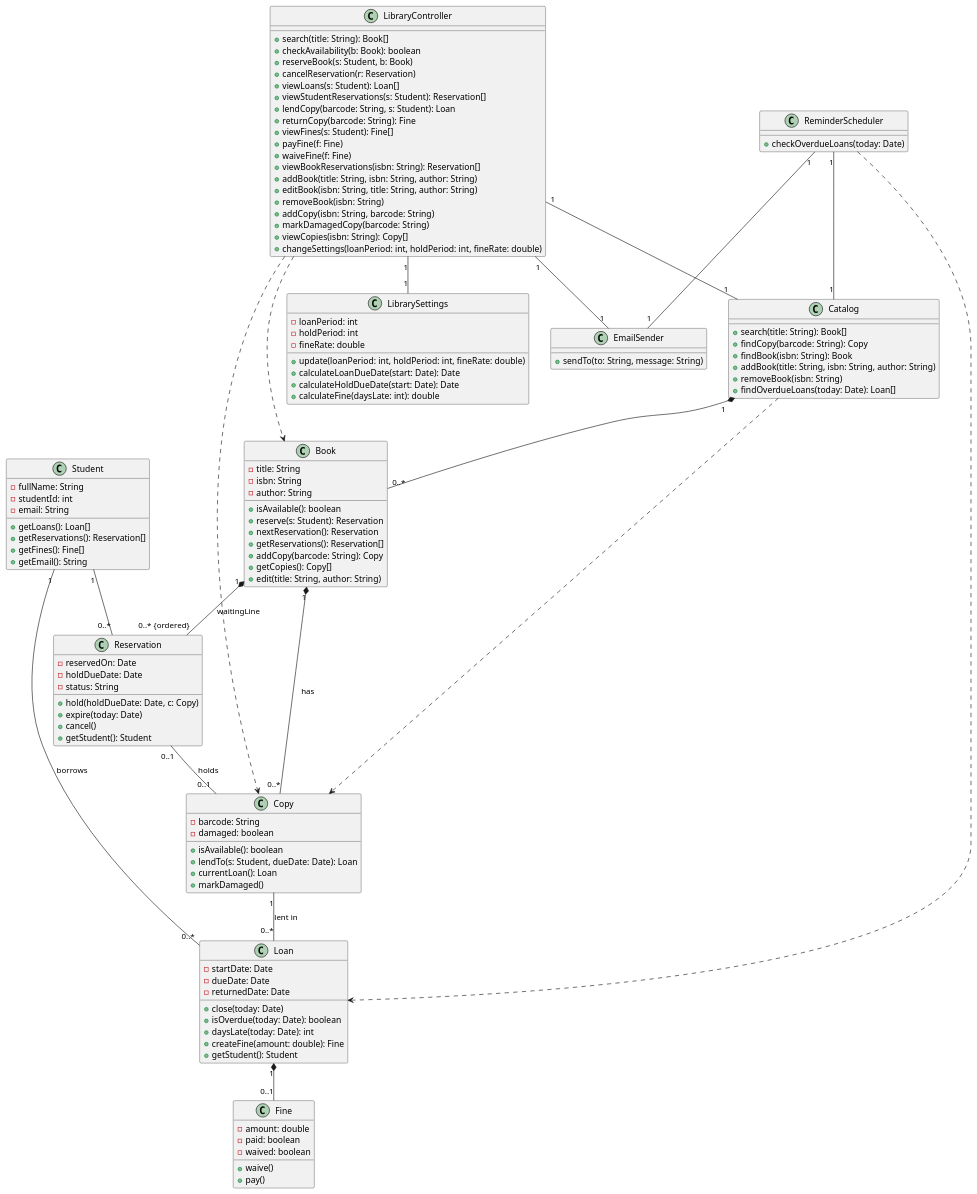
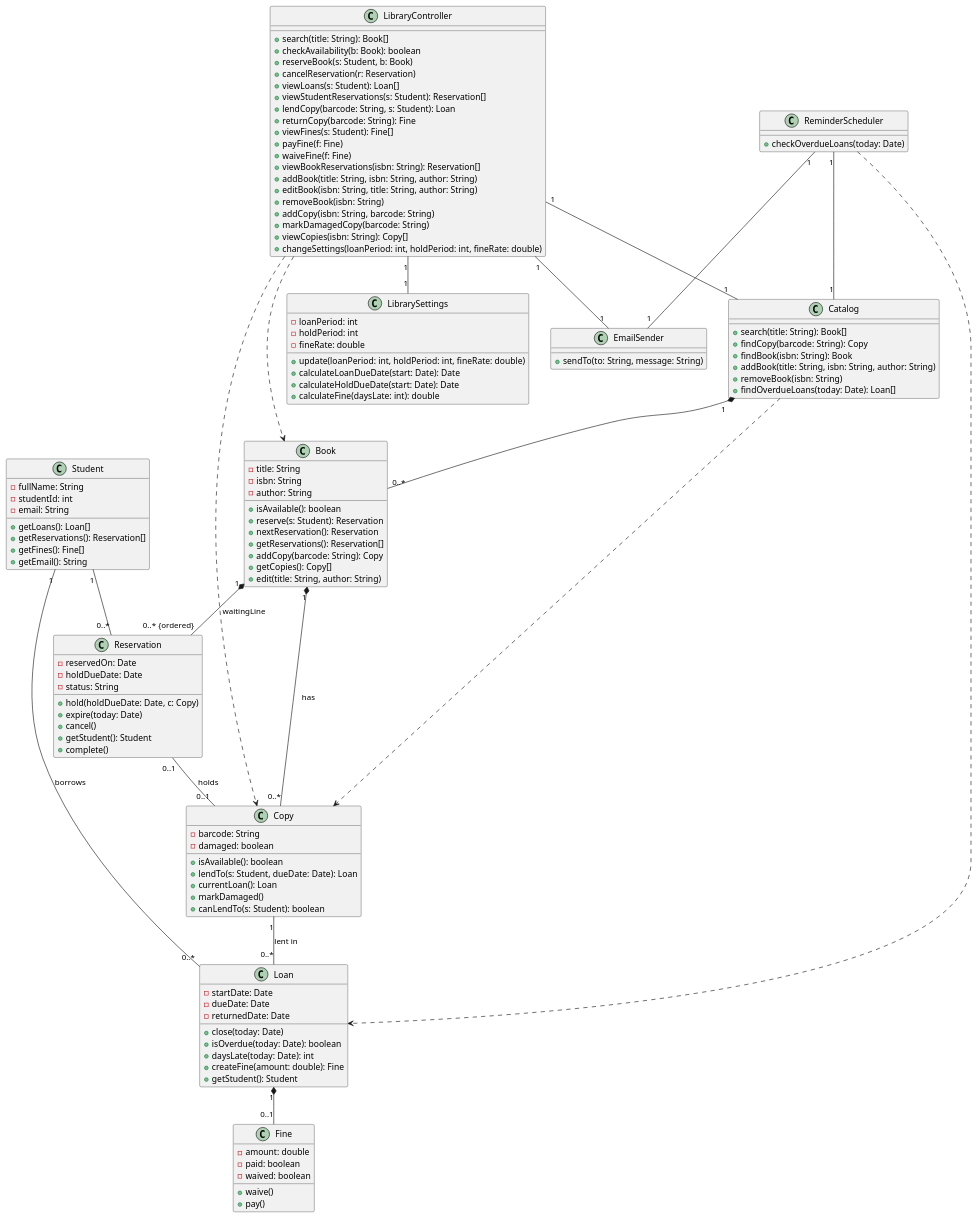
Before and after one commit to erionelezaj/LibrarySystem-SW-Design-Principles: the diagram in docs/uml/class-diagram.puml, drawn with PlantUML.

Commit message:
Added some new operations into the class uml that I found were missing while making the sequence for handing out an copy process

```diff
--- a/docs/uml/class-diagram.puml
+++ b/docs/uml/class-diagram.puml
@@ -1,137 +1,139 @@
 @startuml LibrarySystem
 
 class LibraryController {
     + search(title: String): Book[]
     + checkAvailability(b: Book): boolean
     + reserveBook(s: Student, b: Book)
     + cancelReservation(r: Reservation)
     + viewLoans(s: Student): Loan[]
     + viewStudentReservations(s: Student): Reservation[]
     + lendCopy(barcode: String, s: Student): Loan
     + returnCopy(barcode: String): Fine
     + viewFines(s: Student): Fine[]
     + payFine(f: Fine)
     + waiveFine(f: Fine)
     + viewBookReservations(isbn: String): Reservation[]
     + addBook(title: String, isbn: String, author: String)
     + editBook(isbn: String, title: String, author: String)
     + removeBook(isbn: String)
     + addCopy(isbn: String, barcode: String)
     + markDamagedCopy(barcode: String)
     + viewCopies(isbn: String): Copy[]
     + changeSettings(loanPeriod: int, holdPeriod: int, fineRate: double)
 }
 
 class ReminderScheduler {
     + checkOverdueLoans(today: Date)
 }
 
 class EmailSender {
     + sendTo(to: String, message: String)
 }
 
 class Catalog {
     + search(title: String): Book[]
     + findCopy(barcode: String): Copy
     + findBook(isbn: String): Book
     + addBook(title: String, isbn: String, author: String)
     + removeBook(isbn: String)
     + findOverdueLoans(today: Date): Loan[]
 }
 
 class LibrarySettings {
     - loanPeriod: int
     - holdPeriod: int
     - fineRate: double
     + update(loanPeriod: int, holdPeriod: int, fineRate: double)
     + calculateLoanDueDate(start: Date): Date
     + calculateHoldDueDate(start: Date): Date
     + calculateFine(daysLate: int): double
 }
 
 class Book {
     - title: String
     - isbn: String
     - author: String
     + isAvailable(): boolean
     + reserve(s: Student): Reservation
     + nextReservation(): Reservation
     + getReservations(): Reservation[]
     + addCopy(barcode: String): Copy
     + getCopies(): Copy[]
     + edit(title: String, author: String)
 }
 
 class Student {
     - fullName: String
     - studentId: int
     - email: String
     + getLoans(): Loan[]
     + getReservations(): Reservation[]
     + getFines(): Fine[]
     + getEmail(): String
 }
 
 class Reservation {
     - reservedOn: Date
     - holdDueDate: Date
     - status: String
     + hold(holdDueDate: Date, c: Copy)
     + expire(today: Date)
     + cancel()
     + getStudent(): Student
+    + complete()    
 }
 
 class Copy {
     - barcode: String
     - damaged: boolean
     + isAvailable(): boolean
     + lendTo(s: Student, dueDate: Date): Loan
     + currentLoan(): Loan
     + markDamaged()
+    + canLendTo(s: Student): boolean
 }
 
 class Loan {
     - startDate: Date
     - dueDate: Date
     - returnedDate: Date
     + close(today: Date)
     + isOverdue(today: Date): boolean
     + daysLate(today: Date): int
     + createFine(amount: double): Fine
     + getStudent(): Student
 }
 
 class Fine {
     - amount: double
     - paid: boolean
     - waived: boolean
     + waive()
     + pay()
 }
 
 
 LibraryController "1" -- "1" EmailSender
 LibraryController "1" -- "1" Catalog
 LibraryController "1" -- "1" LibrarySettings
 LibraryController ..> Book
 LibraryController ..> Copy
 
 ReminderScheduler "1" -- "1" EmailSender
 ReminderScheduler "1" -- "1" Catalog
 ReminderScheduler ..> Loan
 
 Catalog "1" *-- "0..*" Book
 Catalog ..> Copy
 
 Book "1" *-- "0..* {ordered}" Reservation : waitingLine
 Book "1" *-- "0..*" Copy : has
 Reservation "0..1" -- "0..1" Copy : holds
 
 Student "1" -- "0..*" Reservation
 Student "1" -- "0..*" Loan : borrows
 
 Copy "1" -- "0..*" Loan : lent in
 Loan "1" *-- "0..1" Fine
 
 @enduml
```
